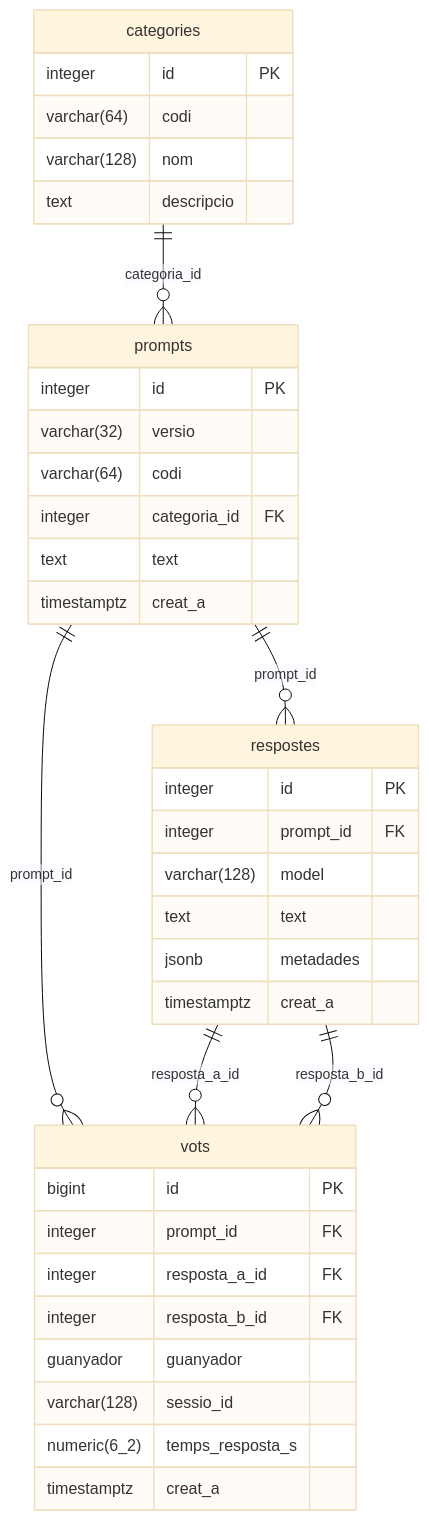
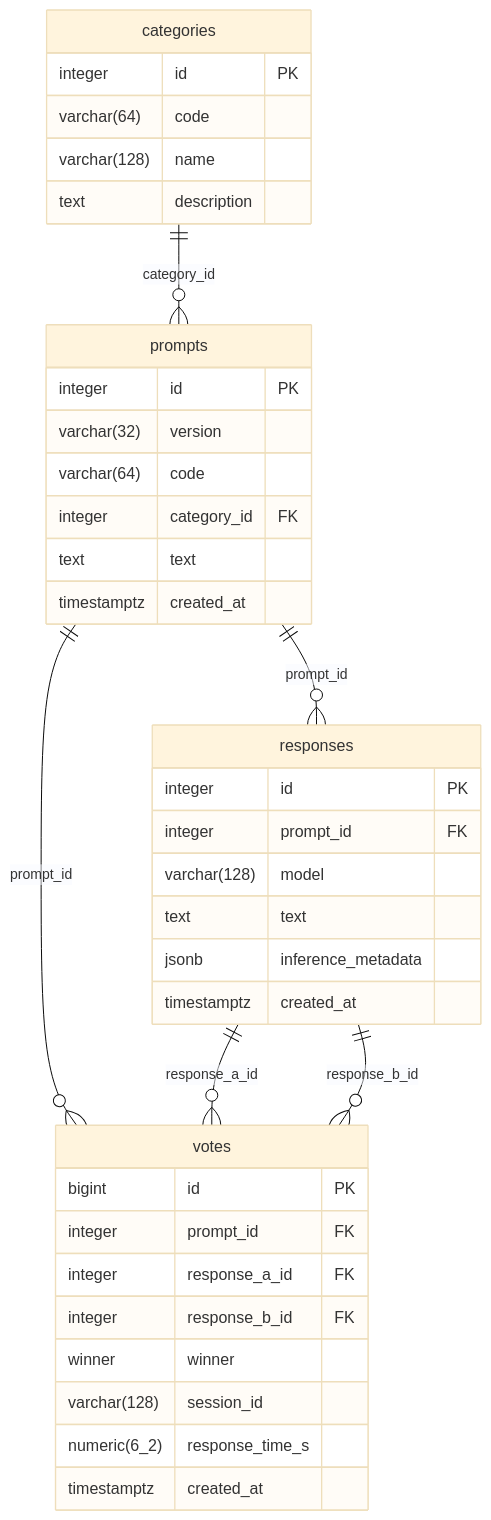
Before and after one commit to Softcatala/arena-cat: the diagram in docs/esquema_db.md, drawn with Mermaid (base theme). The commit also changed other lines of this file and 6 other files, not shown here.

````diff
--- a/docs/esquema_db.md
+++ b/docs/esquema_db.md
@@ -7,44 +7,44 @@
 ```mermaid
 erDiagram
     categories {
         integer id PK
-        varchar(64) codi
-        varchar(128) nom
-        text descripcio
+        varchar(64) code
+        varchar(128) name
+        text description
     }
 
     prompts {
         integer id PK
-        varchar(32) versio
-        varchar(64) codi
-        integer categoria_id FK
+        varchar(32) version
+        varchar(64) code
+        integer category_id FK
         text text
-        timestamptz creat_a
+        timestamptz created_at
     }
 
-    respostes {
+    responses {
         integer id PK
         integer prompt_id FK
         varchar(128) model
         text text
-        jsonb metadades
-        timestamptz creat_a
+        jsonb inference_metadata
+        timestamptz created_at
     }
 
-    vots {
+    votes {
         bigint id PK
         integer prompt_id FK
-        integer resposta_a_id FK
-        integer resposta_b_id FK
-        guanyador guanyador
-        varchar(128) sessio_id
-        numeric(6_2) temps_resposta_s
-        timestamptz creat_a
+        integer response_a_id FK
+        integer response_b_id FK
+        winner winner
+        varchar(128) session_id
+        numeric(6_2) response_time_s
+        timestamptz created_at
     }
 
-    categories ||--o{ prompts : "categoria_id"
-    prompts ||--o{ respostes : "prompt_id"
-    prompts ||--o{ vots : "prompt_id"
-    respostes ||--o{ vots : "resposta_a_id"
-    respostes ||--o{ vots : "resposta_b_id"
+    categories ||--o{ prompts : "category_id"
+    prompts ||--o{ responses : "prompt_id"
+    prompts ||--o{ votes : "prompt_id"
+    responses ||--o{ votes : "response_a_id"
+    responses ||--o{ votes : "response_b_id"
 ```
````
